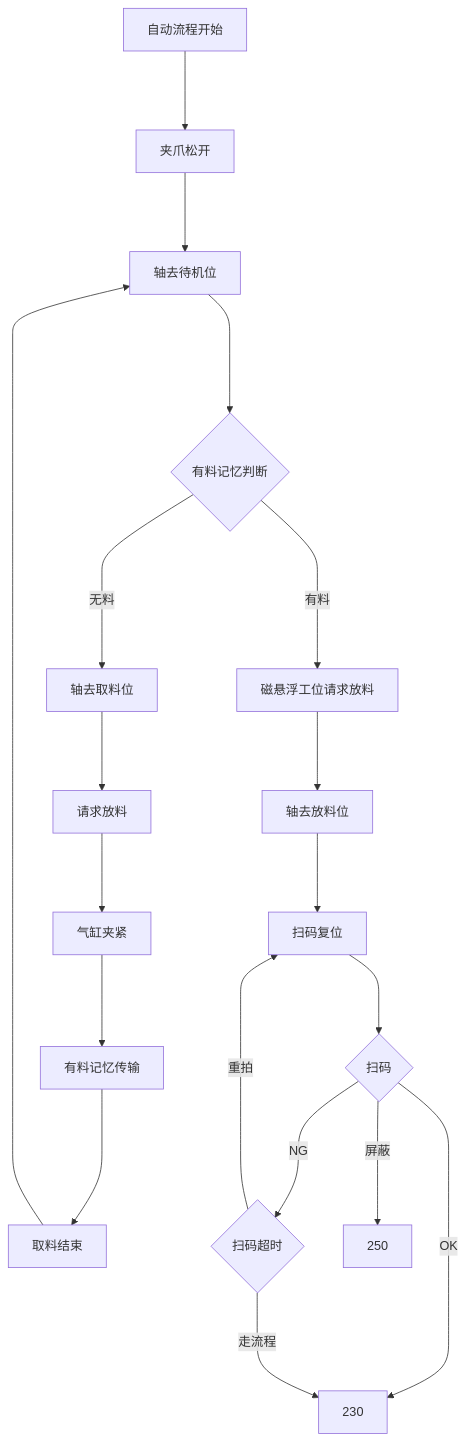
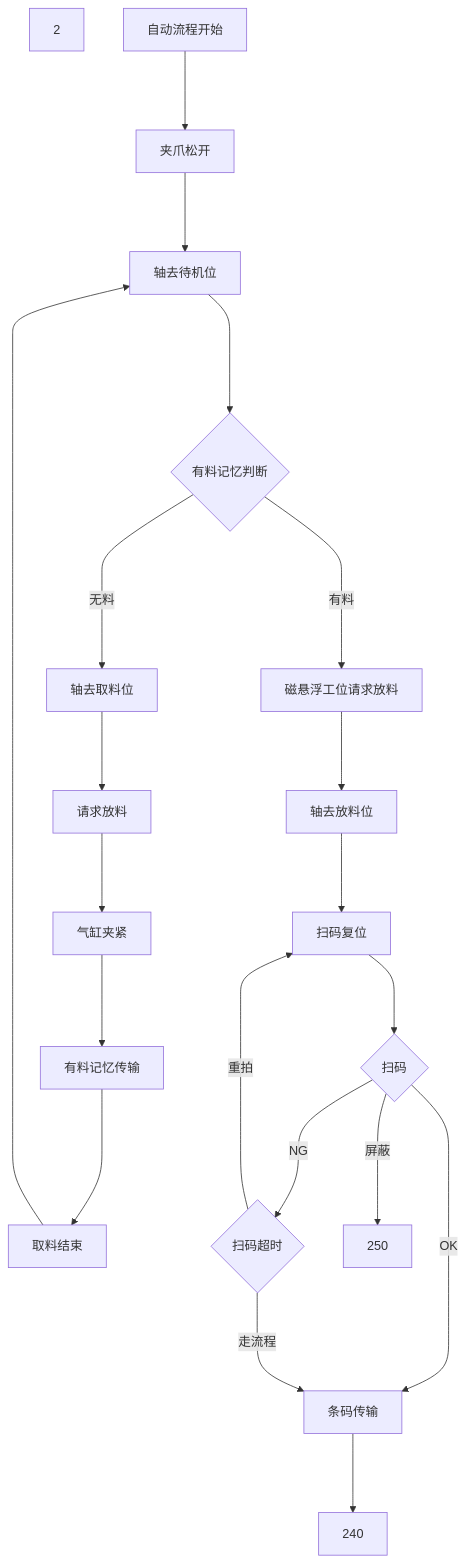
The diagram in all/OP70工位8插载具左工位.md (zmq000/iodraw-files), drawn with Mermaid before and after one commit.

Commit message:
2026-06-17 18:46:24 update

````diff
--- a/all/OP70工位8插载具左工位.md
+++ b/all/OP70工位8插载具左工位.md
@@ -1,22 +1,23 @@
 ```mermaid
 graph TD
 自动流程开始--->10
 10[夹爪松开]--->20
 20[轴去待机位]---->30
 30{有料记忆判断}---->|无料|100
 30---->|有料|200
 100[轴去取料位]--->110
 110[请求放料]--->120
 120[气缸夹紧]--->130
 130[有料记忆传输]--->140
 140[取料结束]---->20
 200[磁悬浮工位请求放料]--->210
 210[轴去放料位]--->215
 215[扫码复位]--->220
 220{扫码}--->|OK|230
 220--->|NG|225
 220--->|屏蔽|250
 225{扫码超时}--->|重拍|215
 225--->|走流程|230
-230
+230[条码传输]--->240
+2
 ```
````
